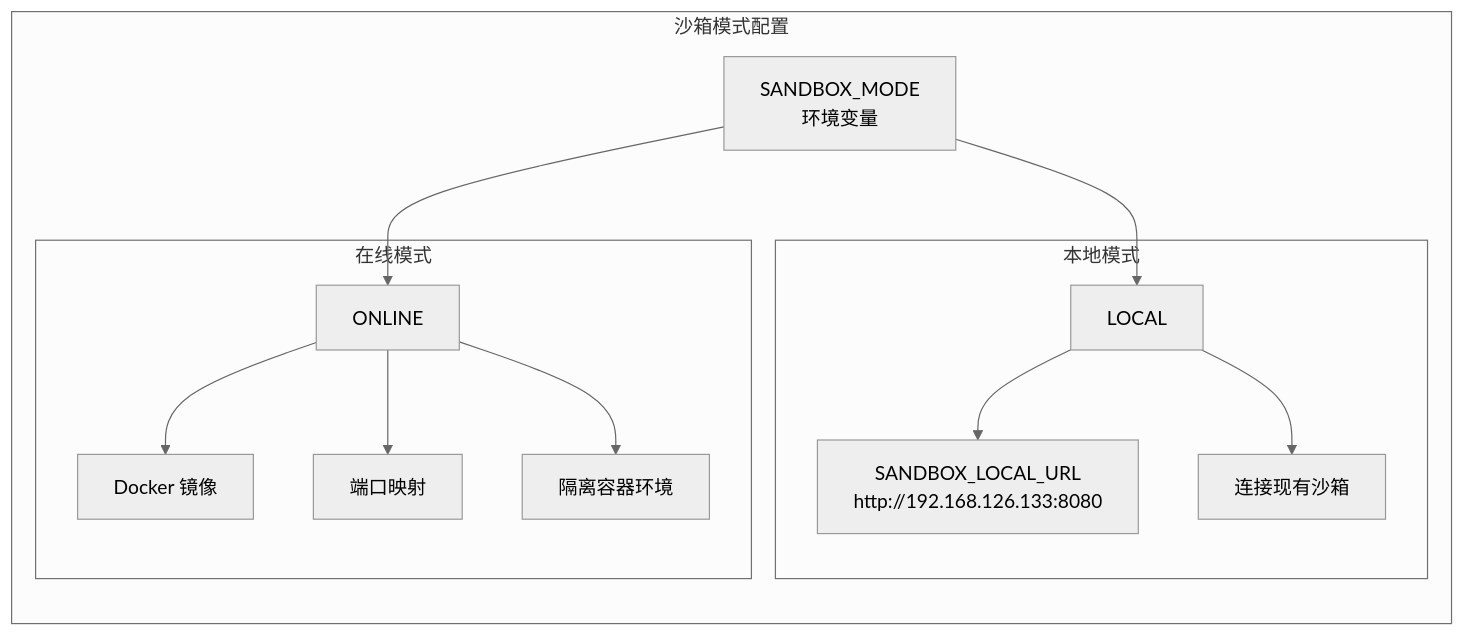
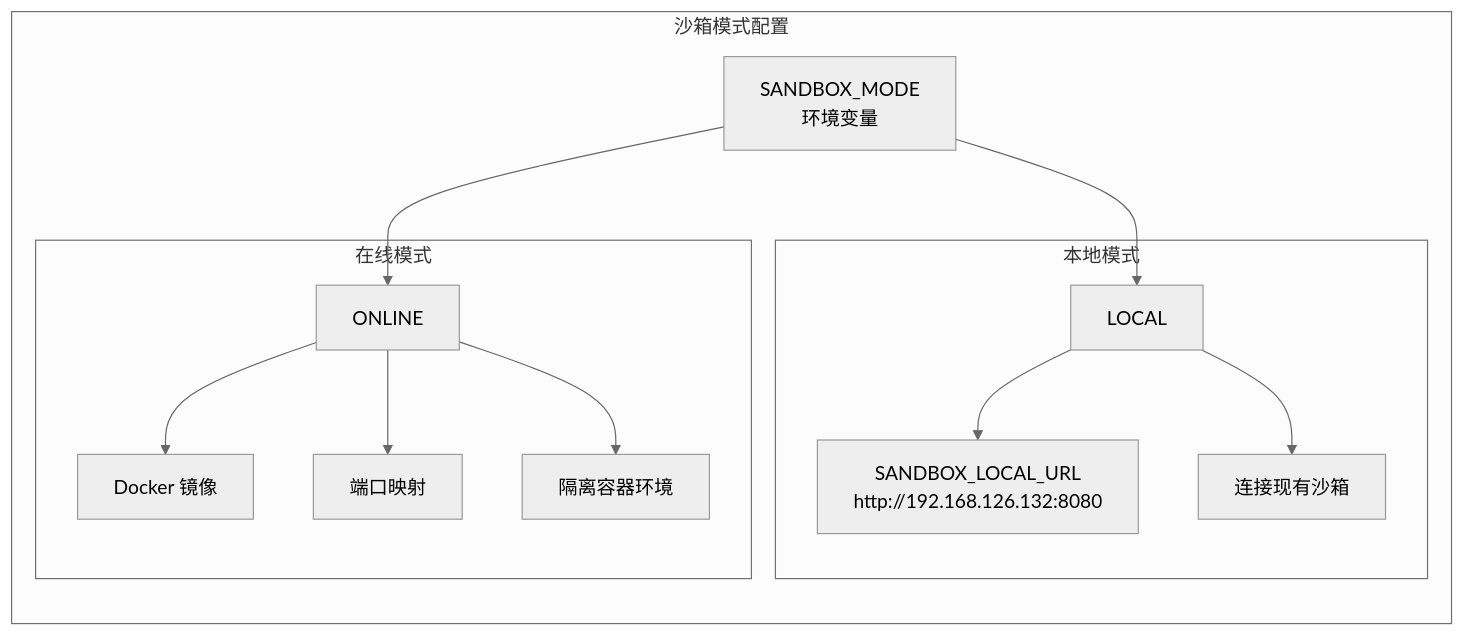
The seventh of 13 diagrams in .qoder/repowiki/zh/content/后端服务系统/文件管理器系统.md (zhangdahai112/LocalManus), drawn with Mermaid (neutral theme) before and after one commit. The commit also changed 11 other files, not shown here.

````diff
--- a/.qoder/repowiki/zh/content/后端服务系统/文件管理器系统.md
+++ b/.qoder/repowiki/zh/content/后端服务系统/文件管理器系统.md
@@ -303,24 +303,24 @@
 ```mermaid
 graph LR
 subgraph "沙箱模式配置"
 ModeConfig["SANDBOX_MODE<br/>环境变量"]
 subgraph "本地模式"
 LocalMode["LOCAL"]
-LocalURL["SANDBOX_LOCAL_URL<br/>http://192.168.126.133:8080"]
+LocalURL["SANDBOX_LOCAL_URL<br/>http://192.168.126.132:8080"]
 LocalConn["连接现有沙箱"]
 end
 subgraph "在线模式"
 OnlineMode["ONLINE"]
 DockerImage["Docker 镜像"]
 PortMapping["端口映射"]
 IsolatedEnv["隔离容器环境"]
 end
 end
 ModeConfig --> LocalMode
 ModeConfig --> OnlineMode
 LocalMode --> LocalURL
 LocalMode --> LocalConn
 OnlineMode --> DockerImage
 OnlineMode --> PortMapping
 OnlineMode --> IsolatedEnv
 ```
````
